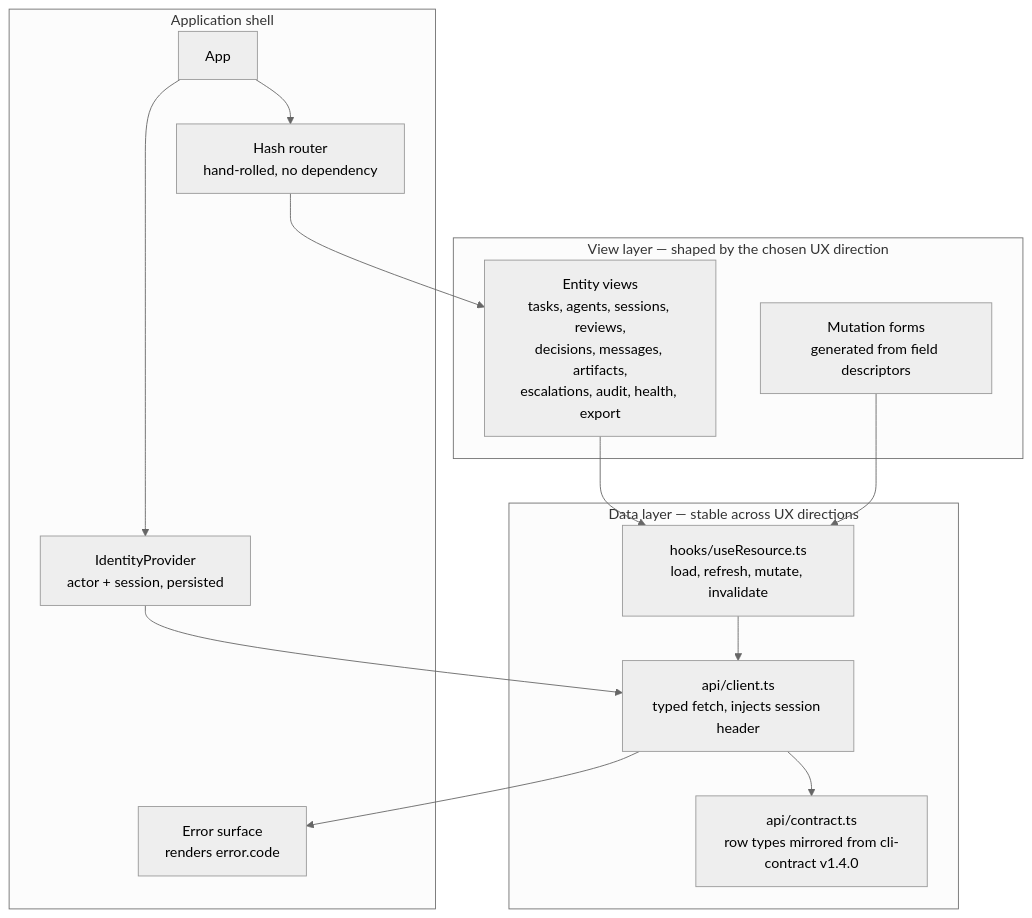
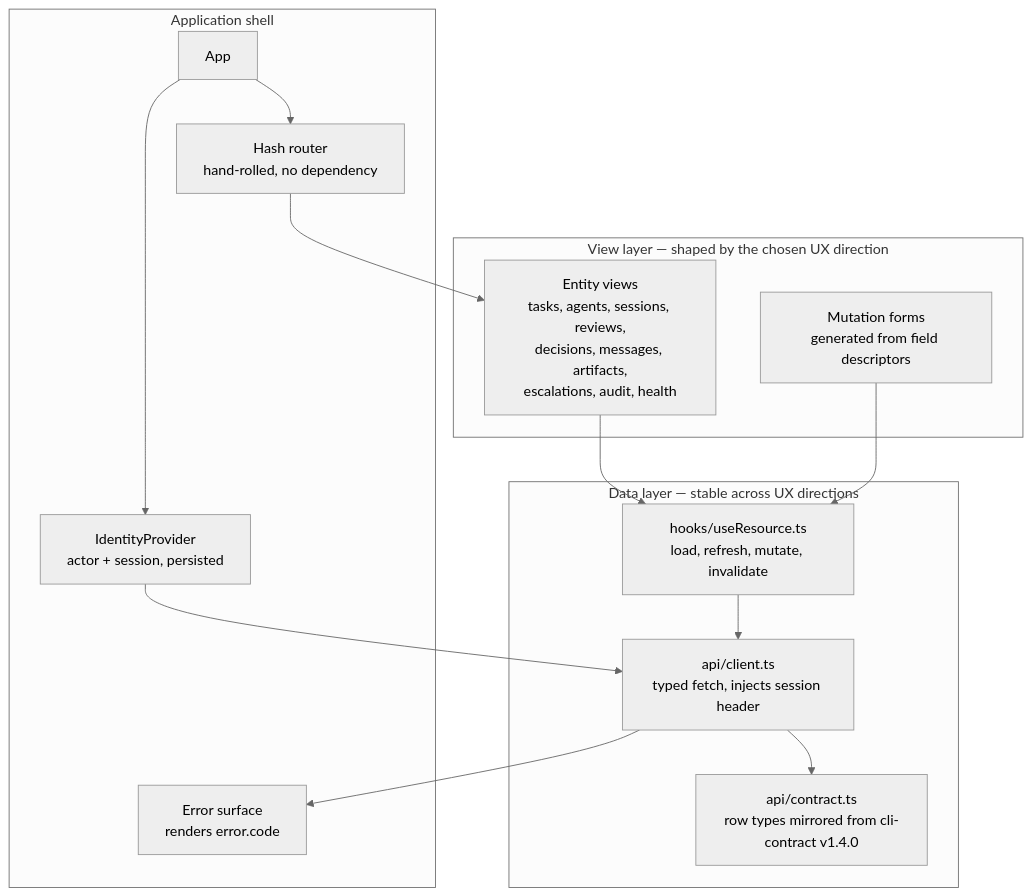
Before and after one commit to jnuez94/agentic-scaffold-project-task-tracker: the eighth of 9 diagrams in docs/coordination-console-design.md, drawn with Mermaid (neutral theme). The commit also changed other lines of this file and 29 other files, not shown here.

````diff
--- a/docs/coordination-console-design.md
+++ b/docs/coordination-console-design.md
@@ -327,27 +326,27 @@
 ```mermaid
 flowchart TD
     subgraph shell["Application shell"]
         APP["App"]
         ROUTER["Hash router<br/>hand-rolled, no dependency"]
         IDENTITY["IdentityProvider<br/>actor + session, persisted"]
         TOASTS["Error surface<br/>renders error.code"]
     end
 
     subgraph data["Data layer — stable across UX directions"]
         CLIENT["api/client.ts<br/>typed fetch, injects session header"]
         TYPES["api/contract.ts<br/>row types mirrored from cli-contract v1.4.0"]
         HOOKS["hooks/useResource.ts<br/>load, refresh, mutate, invalidate"]
     end
 
     subgraph views["View layer — shaped by the chosen UX direction"]
-        VIEWS["Entity views<br/>tasks, agents, sessions, reviews,<br/>decisions, messages, artifacts,<br/>escalations, audit, health, export"]
+        VIEWS["Entity views<br/>tasks, agents, sessions, reviews,<br/>decisions, messages, artifacts,<br/>escalations, audit, health"]
         FORMS["Mutation forms<br/>generated from field descriptors"]
     end
 
     APP --> ROUTER --> VIEWS
     APP --> IDENTITY
     IDENTITY --> CLIENT
     VIEWS --> HOOKS --> CLIENT --> TYPES
     FORMS --> HOOKS
     CLIENT --> TOASTS
 ```
````
